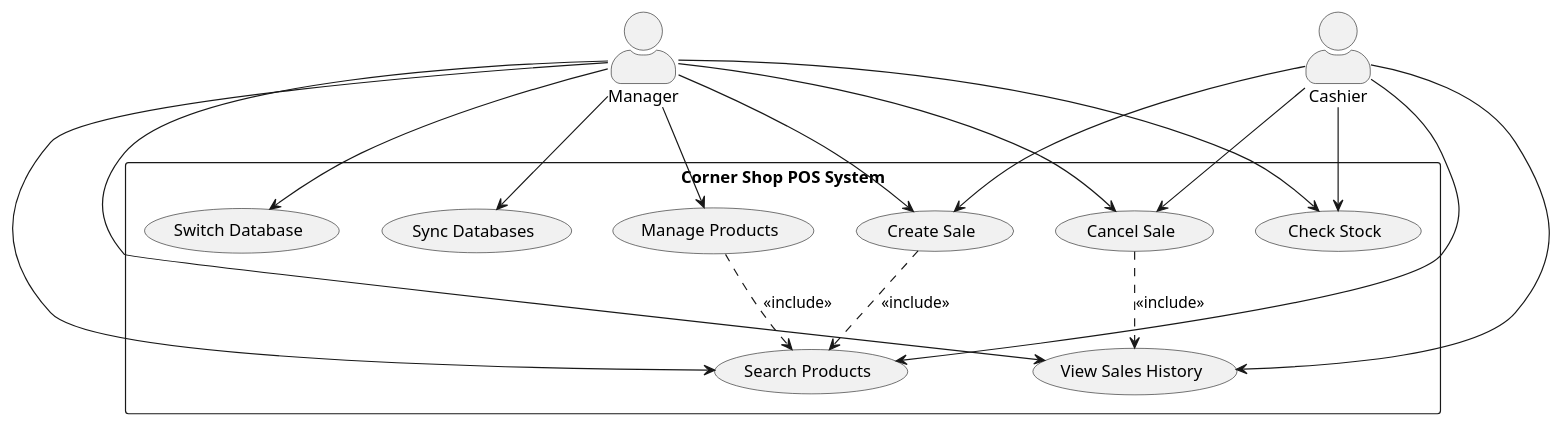
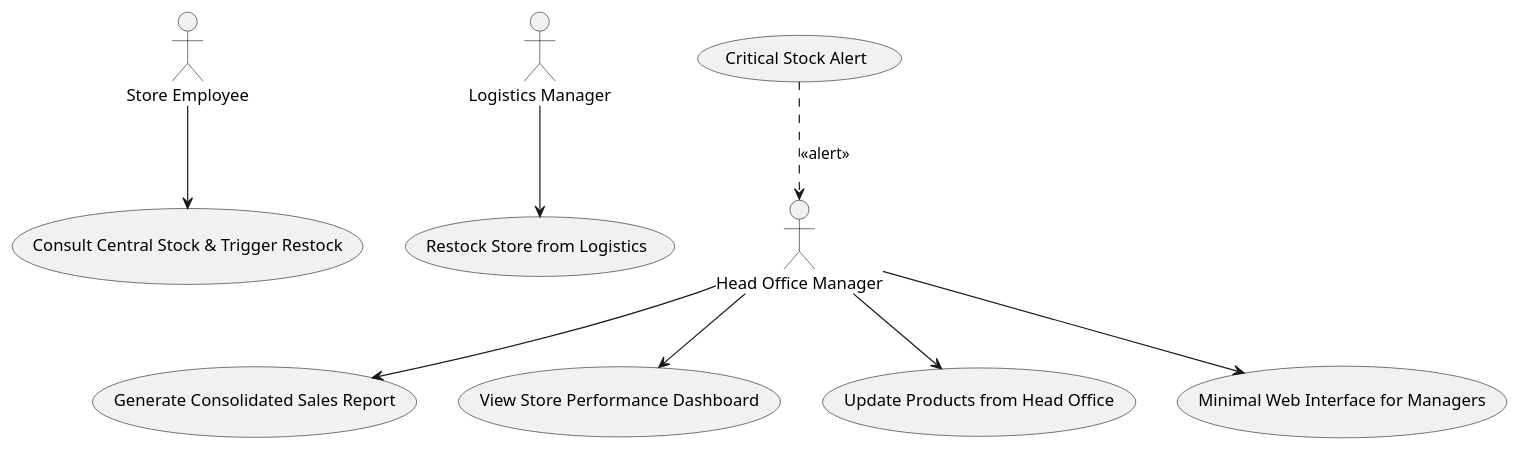
The diagram in docs/UML/use-case.puml (Reinemaker/LOG430_02_Lab2), drawn with PlantUML before and after one commit. The commit also changed 198 other files, not shown here.

Commit message:
Reworked on ADR, UML and README.md to adapt to Lab3. UC2 is partially functioning and UC4,6,7 are missing at this moment.

```diff
--- a/docs/UML/use-case.puml
+++ b/docs/UML/use-case.puml
@@ -1,39 +1,23 @@
-@startuml Use Case Diagram
+@startuml Use Case View
 
-skinparam packageStyle rectangle
-skinparam actorStyle awesome
+actor "Store Employee" as StoreEmp
+actor "Logistics Manager" as LogMgr
+actor "Head Office Manager" as HOManager
 
-actor "Cashier" as cashier
-actor "Manager" as manager
+usecase "Generate Consolidated Sales Report" as UC1
+usecase "Consult Central Stock & Trigger Restock" as UC2
+usecase "View Store Performance Dashboard" as UC3
+usecase "Update Products from Head Office" as UC4
+usecase "Restock Store from Logistics" as UC6
+usecase "Critical Stock Alert" as UC7
+usecase "Minimal Web Interface for Managers" as UC8
 
-rectangle "Corner Shop POS System" {
-    usecase "Search Products" as UC1
-    usecase "Create Sale" as UC2
-    usecase "Cancel Sale" as UC3
-    usecase "Check Stock" as UC4
-    usecase "Switch Database" as UC5
-    usecase "Sync Databases" as UC6
-    usecase "View Sales History" as UC7
-    usecase "Manage Products" as UC8
-}
-
-cashier --> UC1
-cashier --> UC2
-cashier --> UC3
-cashier --> UC4
-cashier --> UC7
-
-manager --> UC1
-manager --> UC2
-manager --> UC3
-manager --> UC4
-manager --> UC5
-manager --> UC6
-manager --> UC7
-manager --> UC8
-
-UC2 ..> UC1 : <<include>>
-UC3 ..> UC7 : <<include>>
-UC8 ..> UC1 : <<include>>
+StoreEmp --> UC2
+HOManager --> UC1
+HOManager --> UC3
+HOManager --> UC4
+LogMgr --> UC6
+UC7 ..> HOManager : <<alert>>
+HOManager --> UC8
 
 @enduml 
```
